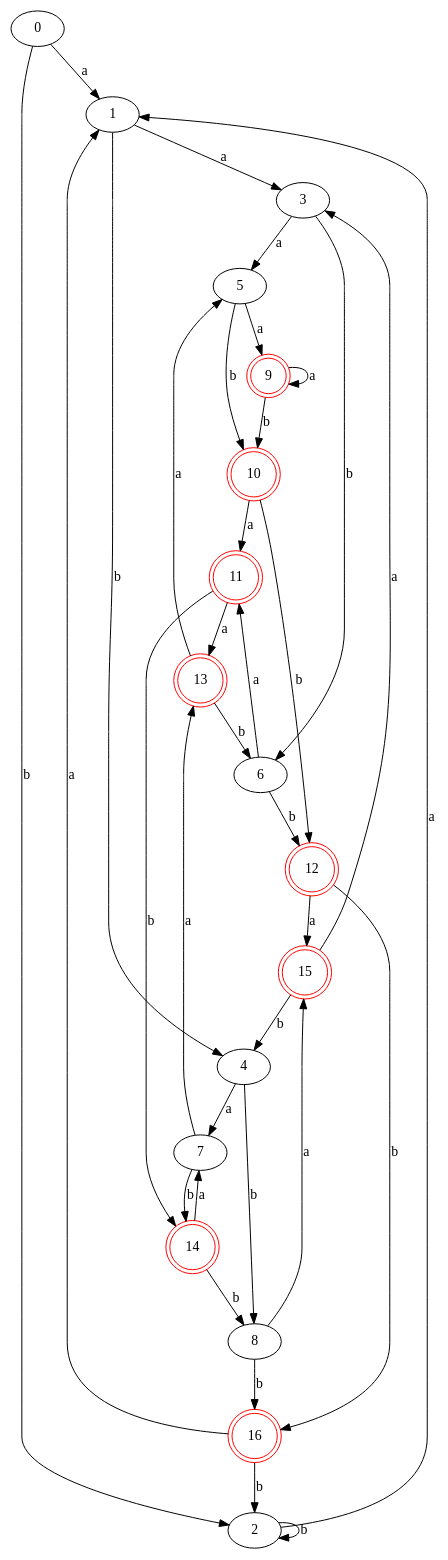
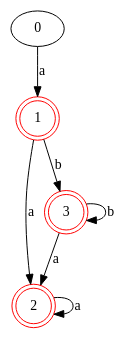
One commit to JameyWoo/re2graph changed the diagram in tmp/test_dfa.dot. Above: the diagram before and after it, drawn with Graphviz. The commit also changed 10 other files, not shown here.

```diff
--- a/tmp/test_dfa.dot
+++ b/tmp/test_dfa.dot
@@ -1,53 +1,12 @@
 digraph {
 	0 [label="0"]
-	1 [label="1"]
-	2 [label="2"]
-	3 [label="3"]
-	4 [label="4"]
-	5 [label="5"]
-	6 [label="6"]
-	7 [label="7"]
-	8 [label="8"]
-	9 [label="9" color=red shape=doublecircle]
-	10 [label="10" color=red shape=doublecircle]
-	11 [label="11" color=red shape=doublecircle]
-	12 [label="12" color=red shape=doublecircle]
-	13 [label="13" color=red shape=doublecircle]
-	14 [label="14" color=red shape=doublecircle]
-	15 [label="15" color=red shape=doublecircle]
-	16 [label="16" color=red shape=doublecircle]
+	1 [label="1" color=red shape=doublecircle]
+	2 [label="2" color=red shape=doublecircle]
+	3 [label="3" color=red shape=doublecircle]
 	0 -> 1 [label="a"]
-	0 -> 2 [label="b"]
-	1 -> 3 [label="a"]
-	1 -> 4 [label="b"]
-	2 -> 1 [label="a"]
-	2 -> 2 [label="b"]
-	3 -> 5 [label="a"]
-	3 -> 6 [label="b"]
-	4 -> 7 [label="a"]
-	4 -> 8 [label="b"]
-	5 -> 9 [label="a"]
-	5 -> 10 [label="b"]
-	6 -> 11 [label="a"]
-	6 -> 12 [label="b"]
-	7 -> 13 [label="a"]
-	7 -> 14 [label="b"]
-	8 -> 15 [label="a"]
-	8 -> 16 [label="b"]
-	9 -> 9 [label="a"]
-	9 -> 10 [label="b"]
-	10 -> 11 [label="a"]
-	10 -> 12 [label="b"]
-	11 -> 13 [label="a"]
-	11 -> 14 [label="b"]
-	12 -> 15 [label="a"]
-	12 -> 16 [label="b"]
-	13 -> 5 [label="a"]
-	13 -> 6 [label="b"]
-	14 -> 7 [label="a"]
-	14 -> 8 [label="b"]
-	15 -> 3 [label="a"]
-	15 -> 4 [label="b"]
-	16 -> 1 [label="a"]
-	16 -> 2 [label="b"]
+	1 -> 2 [label="a"]
+	1 -> 3 [label="b"]
+	2 -> 2 [label="a"]
+	3 -> 2 [label="a"]
+	3 -> 3 [label="b"]
 }
```
